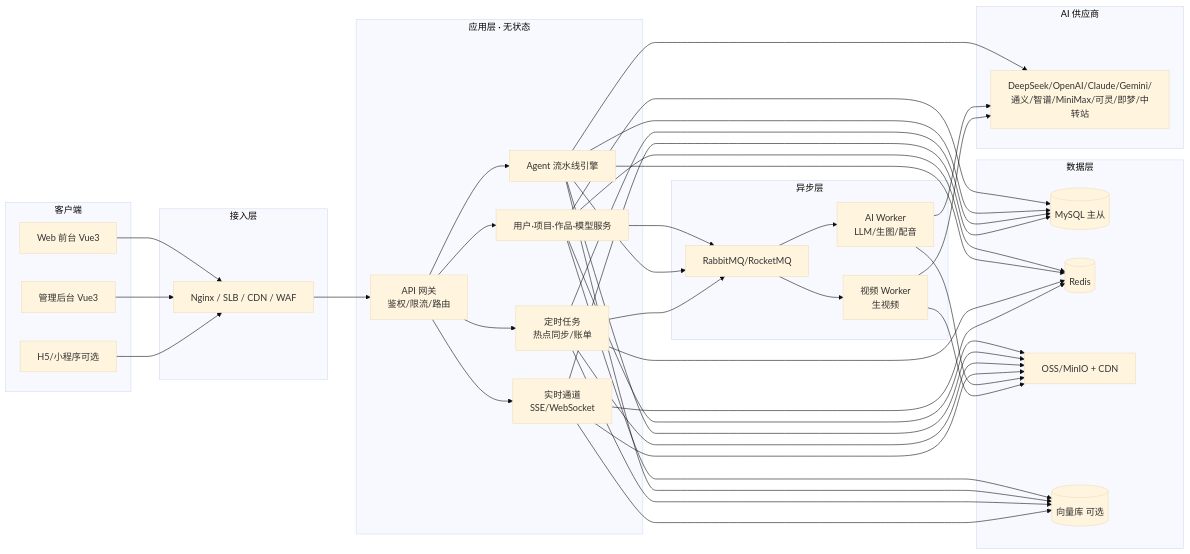
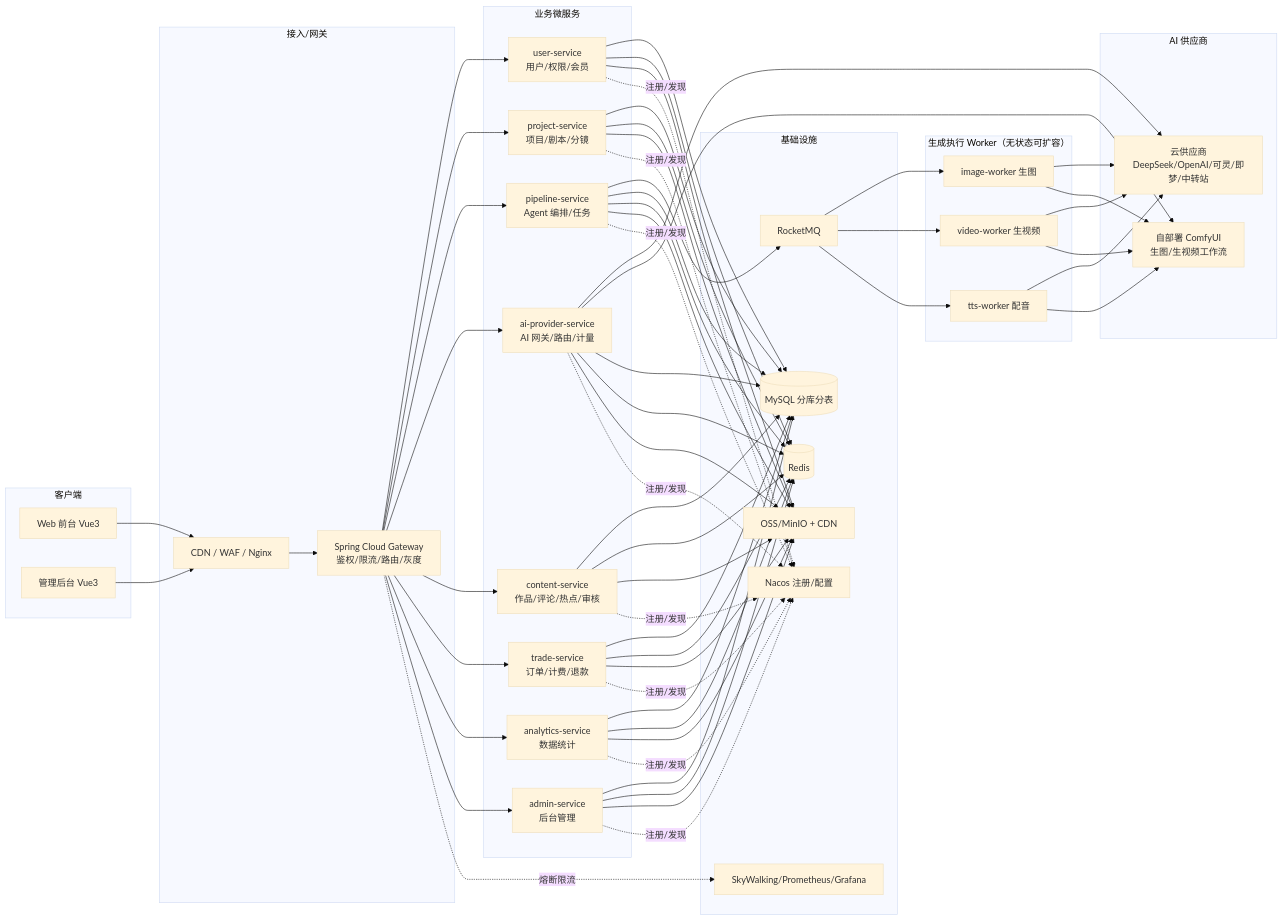
Before and after one commit to ganfengbao/reelmanga-prototype: the first of 2 diagrams in 开发架构文档.md, drawn with Mermaid (base theme). The commit also changed other lines of this file and 1 other file, not shown here.

````diff
--- a/开发架构文档.md
+++ b/开发架构文档.md
@@ -127,44 +113,46 @@
 ```mermaid
 flowchart LR
   subgraph C[客户端]
     A1[Web 前台 Vue3]
     A2[管理后台 Vue3]
-    A3[H5/小程序可选]
   end
-
-  subgraph E[接入层]
-    B[Nginx / SLB / CDN / WAF]
+  subgraph I[接入/网关]
+    B[CDN / WAF / Nginx]
+    G[Spring Cloud Gateway<br/>鉴权/限流/路由/灰度]
   end
-
-  subgraph APP[应用层 · 无状态]
-    G[API 网关<br/>鉴权/限流/路由]
-    S1[用户·项目·作品·模型服务]
-    S2[Agent 流水线引擎]
-    S3[定时任务<br/>热点同步/账单]
-    S4[实时通道<br/>SSE/WebSocket]
+  subgraph S[业务微服务]
+    US[user-service<br/>用户/权限/会员]
+    PS[project-service<br/>项目/剧本/分镜]
+    PL[pipeline-service<br/>Agent 编排/任务]
+    AP[ai-provider-service<br/>AI 网关/路由/计量]
+    CS[content-service<br/>作品/评论/热点/审核]
+    TS[trade-service<br/>订单/计费/退款]
+    AS[analytics-service<br/>数据统计]
+    AD[admin-service<br/>后台管理]
   end
-
-  subgraph MQ[异步层]
-    Q[RabbitMQ/RocketMQ]
-    W1[AI Worker<br/>LLM/生图/配音]
-    W2[视频 Worker<br/>生视频]
+  subgraph W[生成执行 Worker（无状态可扩容）]
+    IW[image-worker 生图]
+    VW[video-worker 生视频]
+    TW[tts-worker 配音]
   end
-
-  subgraph D[数据层]
-    DB[(MySQL 主从)]
+  subgraph AI[AI 供应商]
+    P1[云供应商<br/>DeepSeek/OpenAI/可灵/即梦/中转站]
+    P2[自部署 ComfyUI<br/>生图/生视频工作流]
+  end
+  subgraph INF[基础设施]
+    N[Nacos 注册/配置]
+    MQ[RocketMQ]
+    DB[(MySQL 分库分表)]
     R[(Redis)]
     O[OSS/MinIO + CDN]
-    V[(向量库 可选)]
+    OB[SkyWalking/Prometheus/Grafana]
   end
-
-  subgraph AI[AI 供应商]
-    P[DeepSeek/OpenAI/Claude/Gemini/通义/智谱/MiniMax/可灵/即梦/中转站]
-  end
-
-  A1 & A2 & A3 --> B --> G
-  G --> S1 & S2 & S3 & S4
-  S1 & S2 & S3 --> Q --> W1 & W2
-  S1 & S2 & S3 & S4 --> DB & R & O & V
-  W1 & W2 --> O
-  S2 & W1 & W2 --> P
+  A1 & A2 --> B --> G
+  G --> US & PS & PL & AP & CS & TS & AS & AD
+  PL --> MQ --> IW & VW & TW
+  AP --> P1 & P2
+  IW & VW & TW --> P1 & P2
+  US & PS & PL & AP & CS & TS & AS & AD --> DB & R & O
+  US & PS & PL & AP & CS & TS & AS & AD -.注册/发现.-> N
+  G -.熔断限流.-> OB
 ```
````
